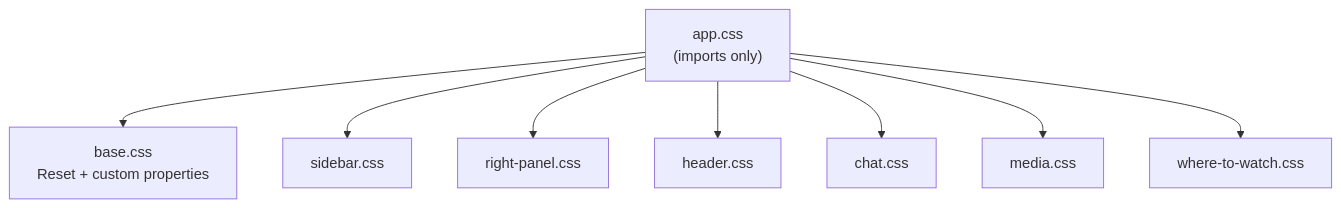
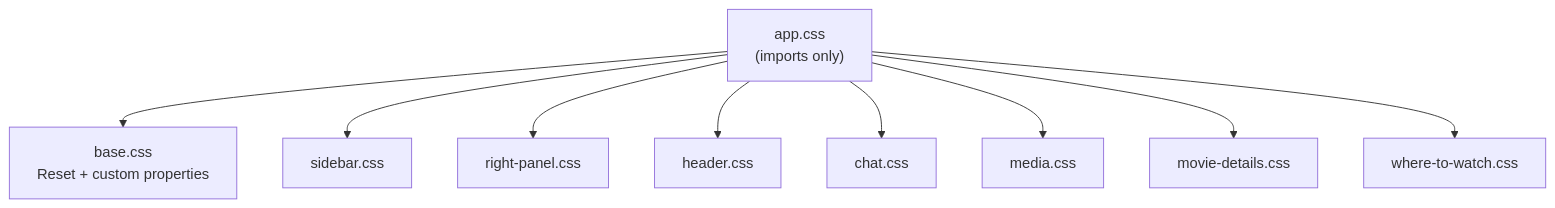
Before and after one commit to mayad123/movieAgent: diagram 11 of 12 in docs/features/web/WEB_FRONTEND.md, drawn with Mermaid. The commit also changed other lines of this file and 128 other files, not shown here.

````diff
--- a/docs/features/web/WEB_FRONTEND.md
+++ b/docs/features/web/WEB_FRONTEND.md
@@ -353,11 +440,12 @@
 ```mermaid
 flowchart TD
     APP_CSS["app.css<br/>(imports only)"]
     APP_CSS --> BASE["base.css<br/>Reset + custom properties"]
     APP_CSS --> SIDEBAR["sidebar.css"]
     APP_CSS --> PANEL["right-panel.css"]
     APP_CSS --> HEADER["header.css"]
     APP_CSS --> CHAT["chat.css"]
     APP_CSS --> MEDIA["media.css"]
+    APP_CSS --> MOVIE_DETAILS_CSS["movie-details.css"]
     APP_CSS --> WTW["where-to-watch.css"]
 ```
````
